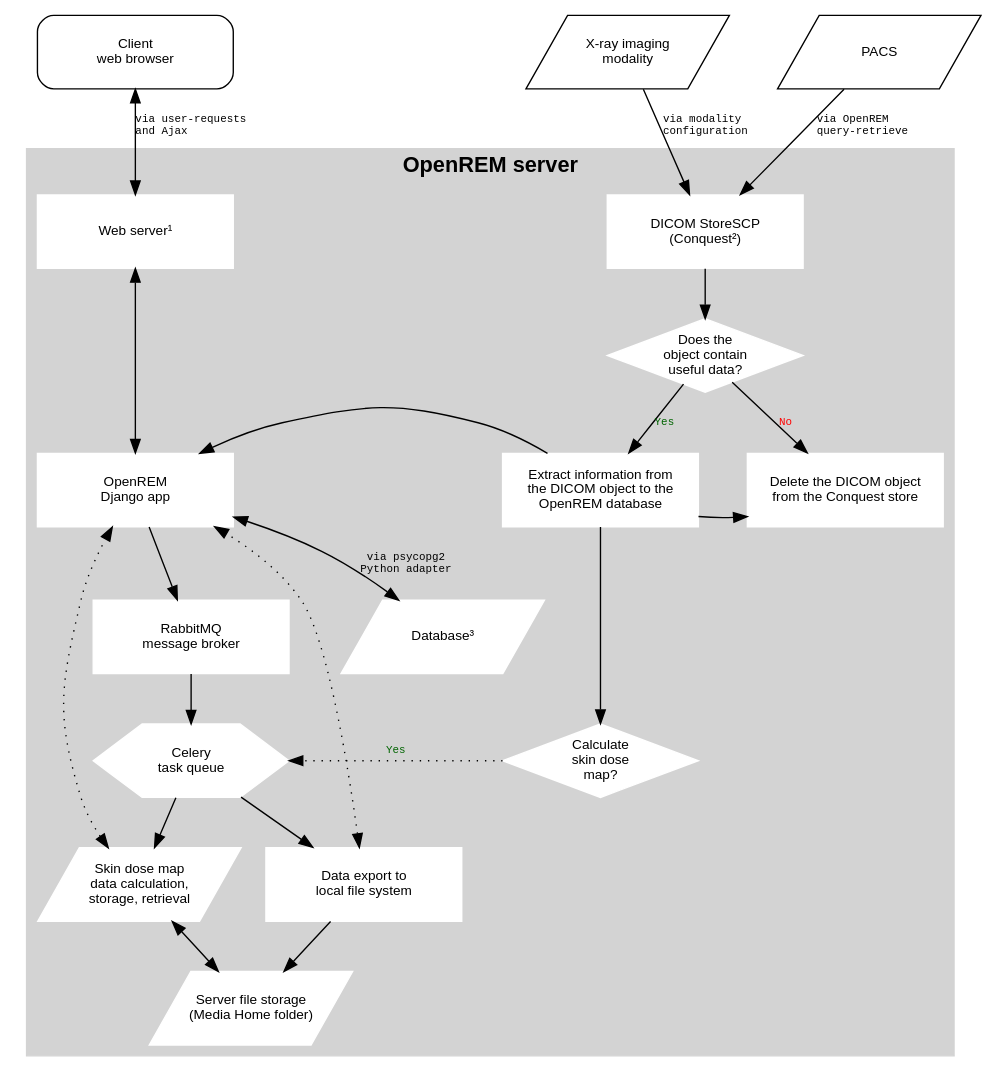
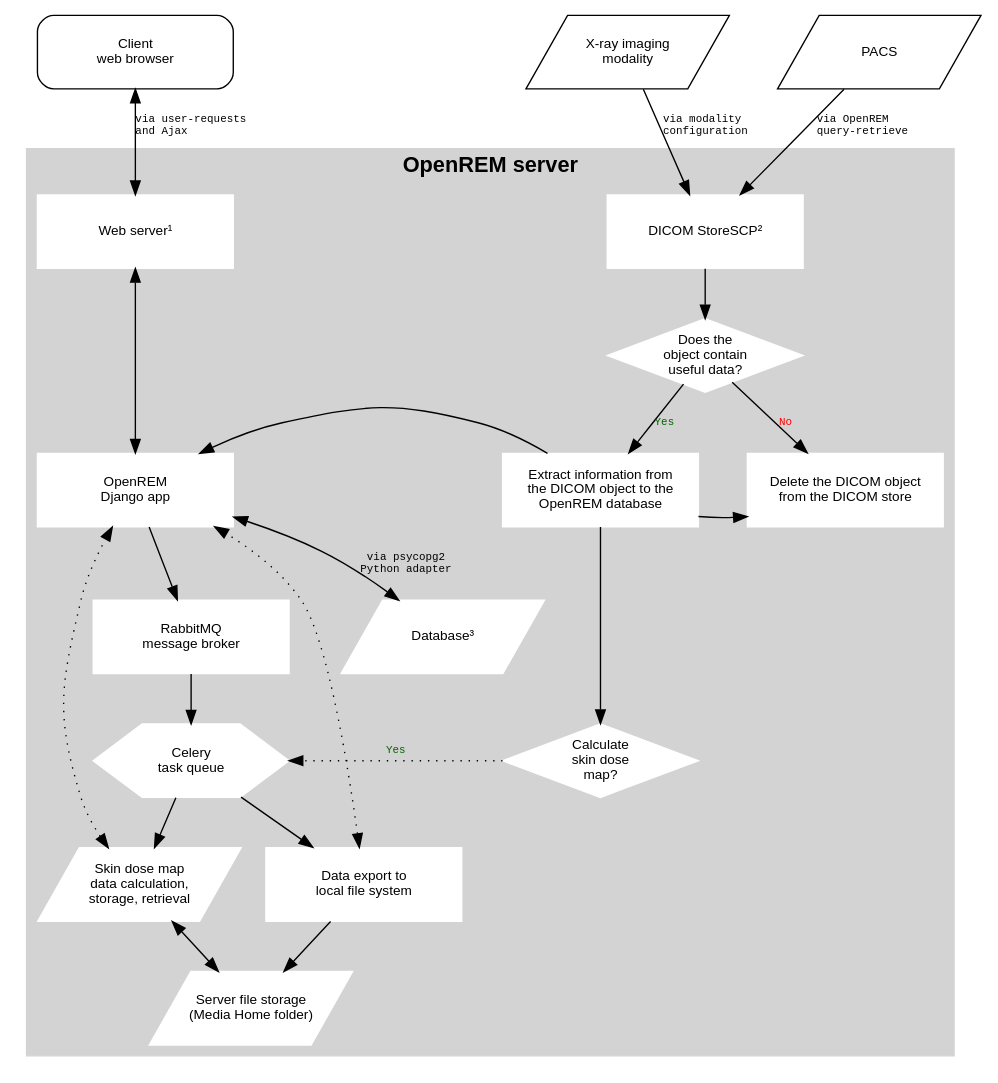
Before and after one commit to themorlan/openREM: the diagram in docs/systemdiagram.rst, drawn with Graphviz. The commit also changed other lines of this file, not shown here.

Commit message:
Updated the system diagram document to include Orthanc; included links to DICOM store installation and configuration pages. [skip ci] as doc changes only. References issue #756

```diff
--- a/docs/systemdiagram.rst
+++ b/docs/systemdiagram.rst
@@ -4,77 +4,77 @@
 .. graphviz::
 
    digraph {
       node [fixedsize=true width=2.0 height=0.75 fontsize=10 margin="0.0,0.0"];
 
       // Define the things on the server
       subgraph cluster_server {
 
          label="OpenREM server";
          tooltip="The server";
          fontname="Helvetica-bold";
          fontsize=16;
          style=filled;
          color=lightgrey;
          node [style=filled color=white];
 
          // Define the nodes for the data storage, display and retrieval
          webserver [label="Web server&sup1;" fontname="Helvetica" tooltip="Serve web pages to the user" shape="box"];
          python_django [label="OpenREM\nDjango app" fontname="Helvetica" tooltip="Python web framework" shape="box"];
          database [label="Database&sup3;" fontname="Helvetica" tooltip="Relational database management system" shape="parallelogram"];
          rabbitmq [label="RabbitMQ\nmessage broker" fontname="Helvetica" tooltip="Message broker" shape="box"];
          celery [label="Celery\ntask queue" fontname="Helvetica" tooltip="Asynchronous task queue" shape="hexagon"];
          skin_dose_map_data [label="Skin dose map\ndata calculation,\nstorage, retrieval" fontname="Helvetica" tooltip="Calculate, store and retrieve skin dose map data" shape="parallelogram"];
          server_media_folder [label="Server file storage\n(Media Home folder)" fontname="Helvetica" tooltip="File storage on the server" shape="parallelogram"];
          data_export [label="Data export to\nlocal file system" fontname="Helvetica" tooltip="Files are made available to the user via a web page URL" shape="box"];
 
          // Define the links between the data storage, display and retrieval
          webserver -> python_django [dir=both];
          python_django -> database [dir=both label="via psycopg2\nPython adapter" fontsize=8 fontname="Courier"];
          python_django -> rabbitmq;
          rabbitmq -> celery;
          celery -> skin_dose_map_data;
          celery -> data_export;
          skin_dose_map_data -> server_media_folder [dir=both];
          skin_dose_map_data -> python_django [style=dotted dir=both];
          data_export -> server_media_folder;
          data_export -> python_django [style=dotted dir=both];
 
          // Define the nodes for the DICOM store, database population and skin dose map calculation
-         conquest [label="DICOM StoreSCP\n(Conquest&sup2;)" fontname="Helvetica" tooltip="Conquest, acting as a DICOM storage SCP" shape="box"];
+         conquest [label="DICOM StoreSCP&sup2;" fontname="Helvetica" tooltip="Conquest, acting as a DICOM storage SCP" shape="box"];
          conquest_script [shape=diamond label="Does the\nobject contain\nuseful data?" fontname="Helvetica" tooltip="Process the rules in dicom.ini"];
          populate_database [label="Extract information from\nthe DICOM object to the\nOpenREM database" fontname="Helvetica", tooltip="Extract data using OpenREM's python scripts" shape="box"];
-         delete_object [label="Delete the DICOM object\nfrom the Conquest store" fontname="Helvetica" tooltip="Delete the DICOM object from the local store SCP" shape="box"];
+         delete_object [label="Delete the DICOM object\nfrom the DICOM store" fontname="Helvetica" tooltip="Delete the DICOM object from the local store SCP" shape="box"];
          calc_skin_dose_map [shape=diamond label="Calculate\nskin dose\nmap?" fontname="Helvetica" tooltip="Calculate the skin dose map?"];
          blank_node_1 [shape=none style=invisible];
 
          // Define the links between the DICOM store, database population and skin dose map calculation
          conquest_script -> populate_database [label="Yes" fontcolor=darkgreen fontsize=8 fontname="Courier"];
          populate_database -> delete_object;
          conquest_script -> delete_object [label="No" fontcolor=red fontsize=8 fontname="Courier"];
          conquest -> conquest_script;
          populate_database -> calc_skin_dose_map;
 
          // Define the links between the two groups
          python_django -> populate_database [dir=back]
          calc_skin_dose_map -> celery [style=dotted label="Yes" fontcolor=darkgreen fontsize=8 fontname="Courier"]
 
          // Force certain nodes to be on the same level so that the diagram looks good (hopefully)
          {rank=same; webserver conquest};
          {rank=same; celery calc_skin_dose_map };
          {rank=same; python_django->blank_node_1->delete_object->populate_database [style=invis]; rankdir=LR;}
       }
 
       // Define the web browser, modality and pacs nodes
       web_browser [label="Client\nweb browser" fontname="Helvetica" tooltip="The user's web browser" shape="box" style=rounded];
       modality [label="X-ray imaging\nmodality" fontname="Helvetica" tooltip="Data send from an x-ray imaging modality" shape="parallelogram"];
       pacs [label="PACS" fontname="Helvetica" tooltip="A Picture Archiving and Communication System" shape="parallelogram"];
       blank_node_2 [label="" shape=none];
 
       // Define the links that the browser, modality and pacs have
       web_browser -> webserver [dir=both label="via user-requests\land Ajax\l" fontsize=8 fontname="Courier" tooltip="Ajax used to retrieve chart data"];
       modality -> conquest [label="via modality\lconfiguration\l" fontsize=8 fontname="Courier"];
       pacs -> conquest [label="via OpenREM\lquery-retrieve\l" fontsize=8 fontname="Courier"];
 
       // Force the web browser, blank node, modality and pacs to be on the same level in a specific order
       {rank=same; web_browser->blank_node_2->modality->pacs [style=invis]; rankdir=LR;};
    }
```
